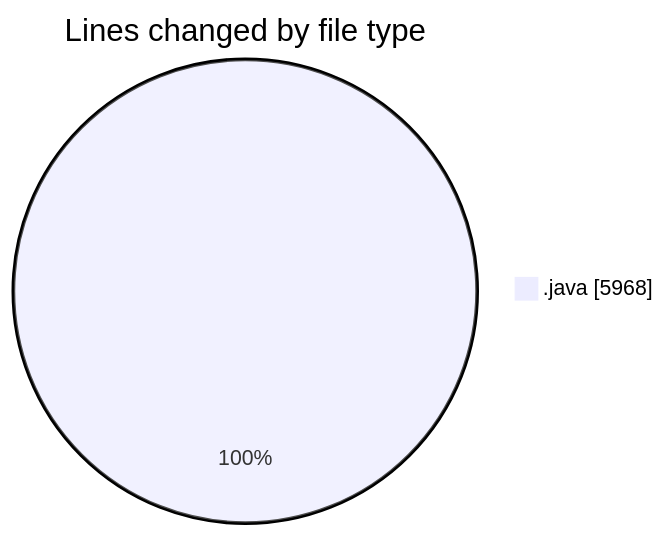
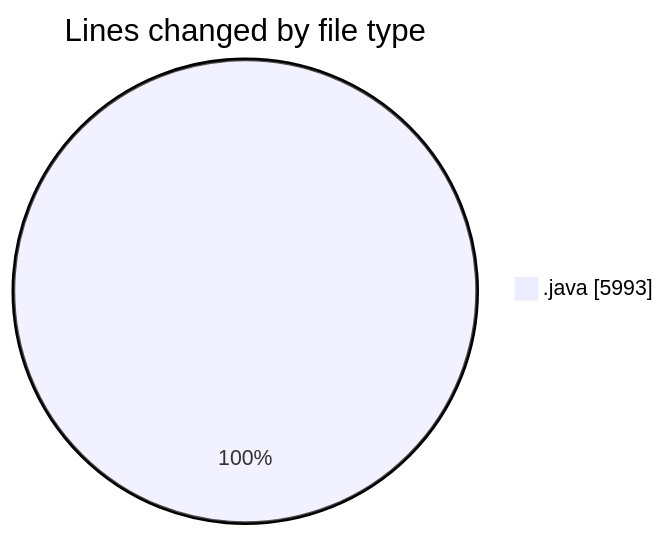
The first of 2 diagrams in 2026-05-05/cilapp/README.md (ricardozamudiocil/code-tracking), drawn with Mermaid before and after one commit. The commit also changed other lines of this file and 1 other file, not shown here.

````diff
--- a/2026-05-05/cilapp/README.md
+++ b/2026-05-05/cilapp/README.md
@@ -26,5 +26,5 @@
 ```mermaid
 pie showData
 title Lines changed by file type
-".java" : 5968
+".java" : 5993
 ```
````
